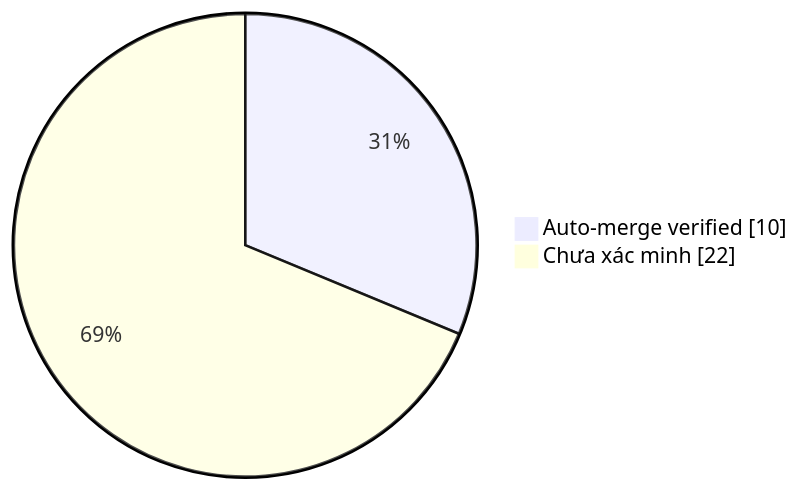
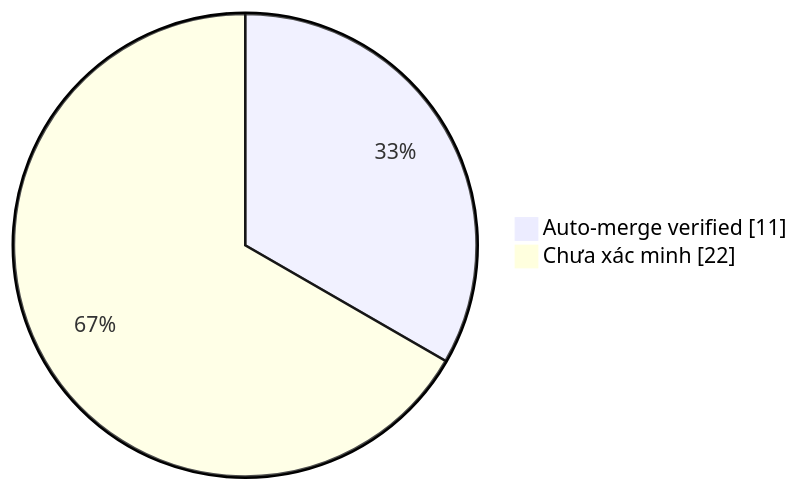
Before and after one commit to duykhang68/tetdinhmuiblog: the diagram in collector.md, drawn with Mermaid. The commit also changed other lines of this file and 1 other file, not shown here.

Commit message:
docs(collector): update auto-merge evidence dashboard

````diff
--- a/collector.md
+++ b/collector.md
@@ -22,5 +22,5 @@
 ```mermaid
 pie showData
-    "Auto-merge verified" : 10
+    "Auto-merge verified" : 11
     "Chưa xác minh" : 22
 ```
````
